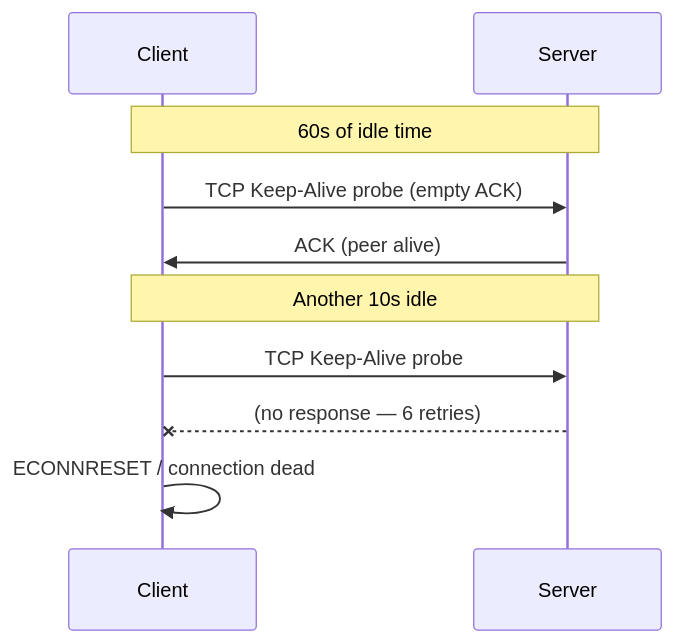
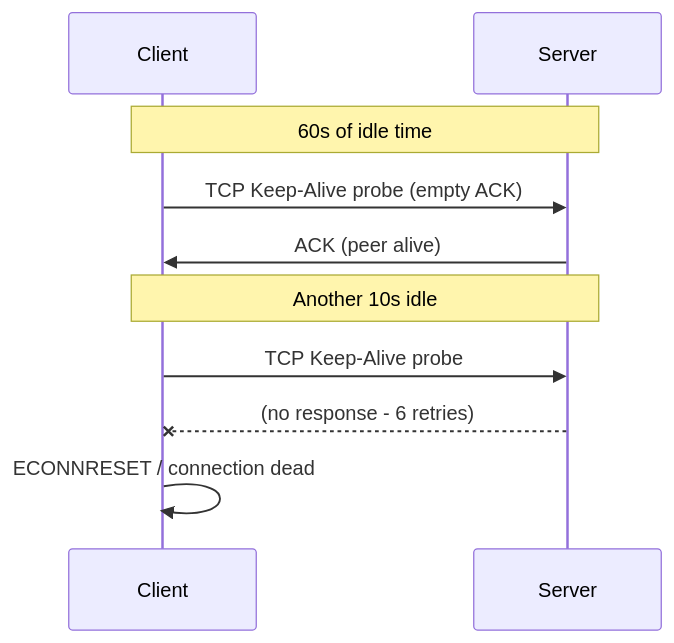
One commit to wildfirebill-web/oneuptime-blog changed the diagram in posts/2026-03-20-keepalive-tcp-ipv4/README.md. Above: the diagram before and after it, drawn with Mermaid. The commit also changed other lines of this file and 41565 other files, not shown here.

````diff
--- a/posts/2026-03-20-keepalive-tcp-ipv4/README.md
+++ b/posts/2026-03-20-keepalive-tcp-ipv4/README.md
@@ -13,12 +13,12 @@
 ```mermaid
 sequenceDiagram
     participant A as Client
     participant B as Server
     Note over A,B: 60s of idle time
     A->>B: TCP Keep-Alive probe (empty ACK)
     B->>A: ACK (peer alive)
     Note over A,B: Another 10s idle
     A->>B: TCP Keep-Alive probe
-    B--xA: (no response — 6 retries)
+    B--xA: (no response - 6 retries)
     A->>A: ECONNRESET / connection dead
 ```
````
